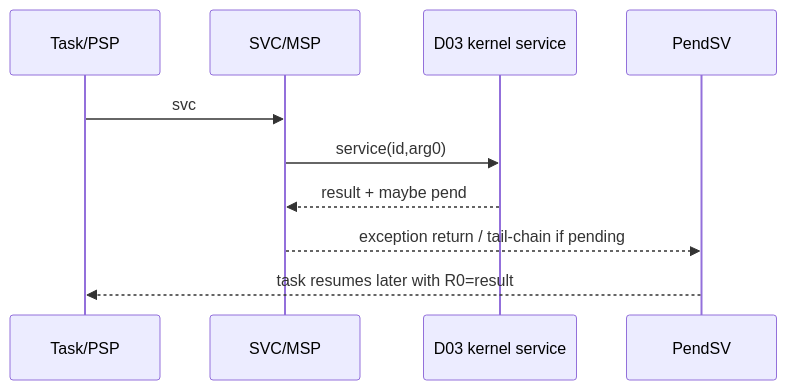
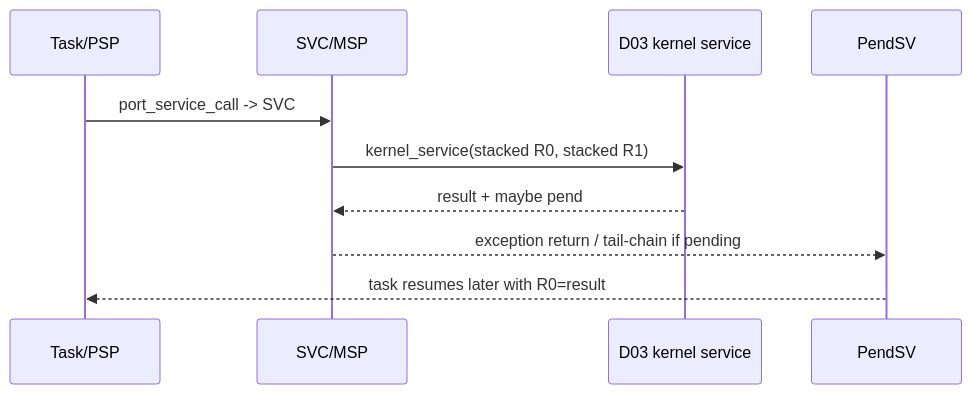
The diagram in design-elements/D06-cortex-m23-port.md (tumblewhead/arghtos), drawn with Mermaid before and after one commit. The commit also changed other lines of this file, not shown here.

Commit message:
Make Cortex-M23 module a complete reference implementation of generic port ABI

````diff
--- a/design-elements/D06-cortex-m23-port.md
+++ b/design-elements/D06-cortex-m23-port.md
@@ -115,12 +119,12 @@
 ```mermaid
 sequenceDiagram
   participant T as Task/PSP
   participant S as SVC/MSP
   participant K as D03 kernel service
   participant P as PendSV
-  T->>S: svc #service
-  S->>K: service(id,arg0)
+  T->>S: port_service_call -> SVC #0
+  S->>K: kernel_service(stacked R0, stacked R1)
   K-->>S: result + maybe pend
   S-->>P: exception return / tail-chain if pending
   P-->>T: task resumes later with R0=result
 ```
````
